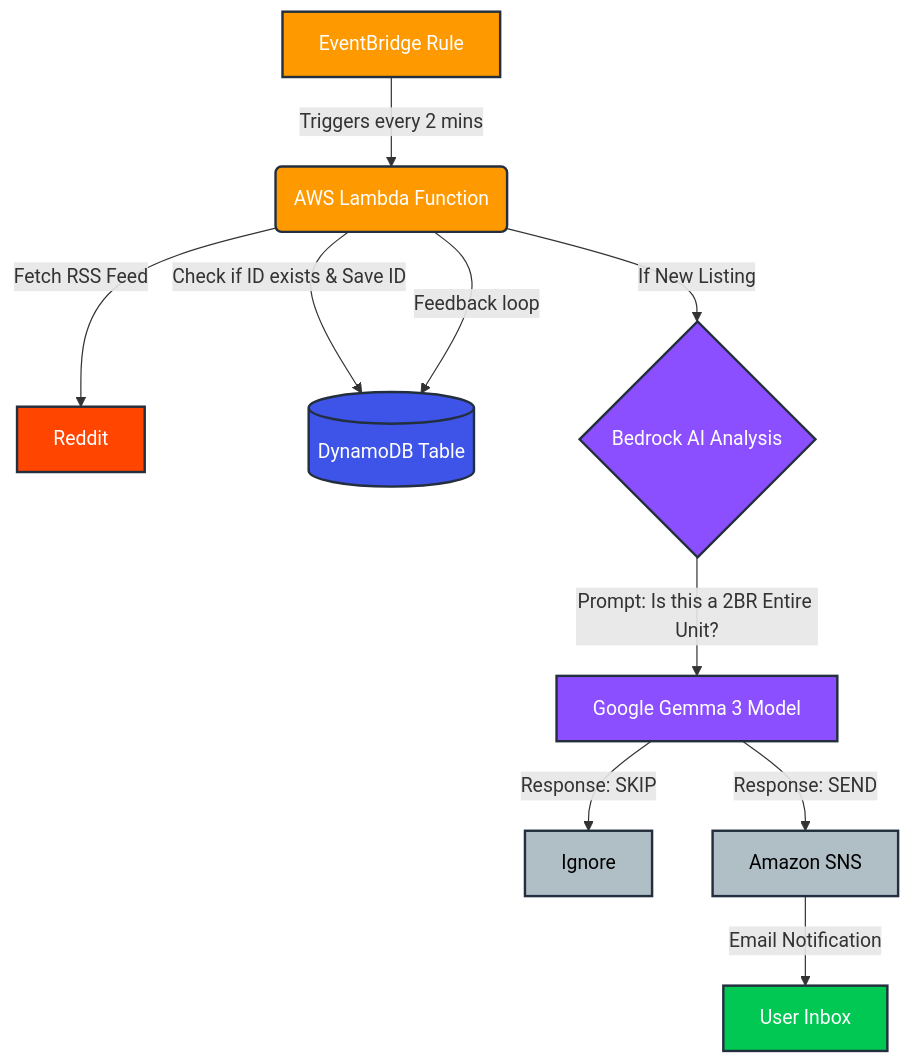
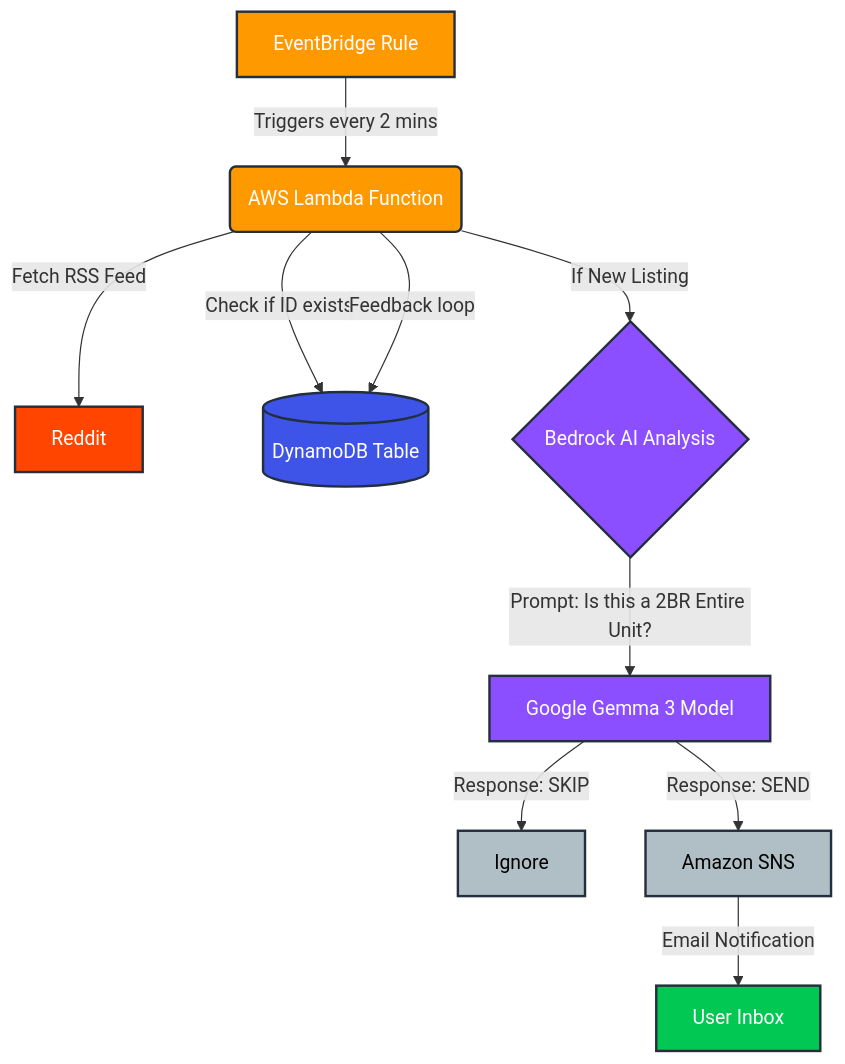
Before and after one commit to lucabarattini/Reddit-RSS-FEED-POST-NOTIFIER-ON-AWS: the diagram in README.md, drawn with Mermaid.

````diff
--- a/README.md
+++ b/README.md
@@ -25,32 +25,32 @@
 ```mermaid
 graph TD
     %% Nodes
     A[EventBridge Rule] -->|Triggers every 2 mins| B(AWS Lambda Function)
     B -->|Fetch RSS Feed| C[Reddit]
-    B -->|Check if ID exists & Save ID| D[(DynamoDB Table)]
+    B -->|Check if ID exists| D[(DynamoDB Table)]
     
     B -->|If New Listing| E{Bedrock AI Analysis}
     E -->|Prompt: Is this a 2BR Entire Unit?| F[Google Gemma 3 Model]
     
     F -->|Response: SKIP| G[Ignore]
     F -->|Response: SEND| H[Amazon SNS]
     
     H -->|Email Notification| I[User Inbox]
     B -->|Feedback loop| D
 
     %% Styling
     classDef aws fill:#FF9900,stroke:#232F3E,stroke-width:2px,color:white;
     classDef db fill:#3E54E8,stroke:#232F3E,stroke-width:2px,color:white;
     classDef ai fill:#8C4FFF,stroke:#232F3E,stroke-width:2px,color:white;
     classDef source fill:#FF4500,stroke:#232F3E,stroke-width:2px,color:white;
     classDef user fill:#00C853,stroke:#232F3E,stroke-width:2px,color:white;
     classDef grey fill:#B0BEC5,stroke:#232F3E,stroke-width:2px,color:black;
 
     %% Assign Classes
     class A,B aws;
     class D db;
     class F,E ai;
     class C source;
     class I user;
     class G,H grey;
 ```
````
